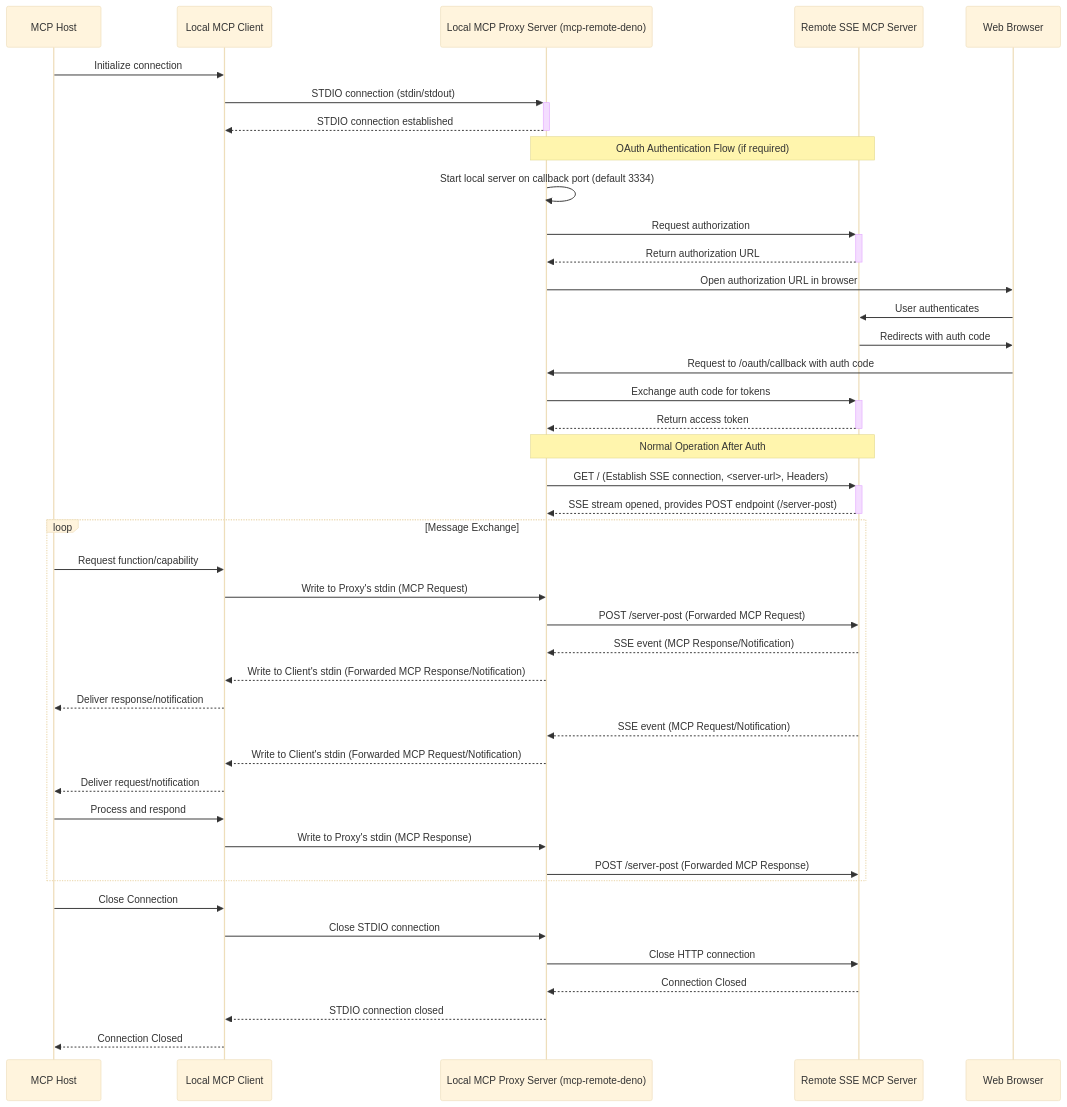
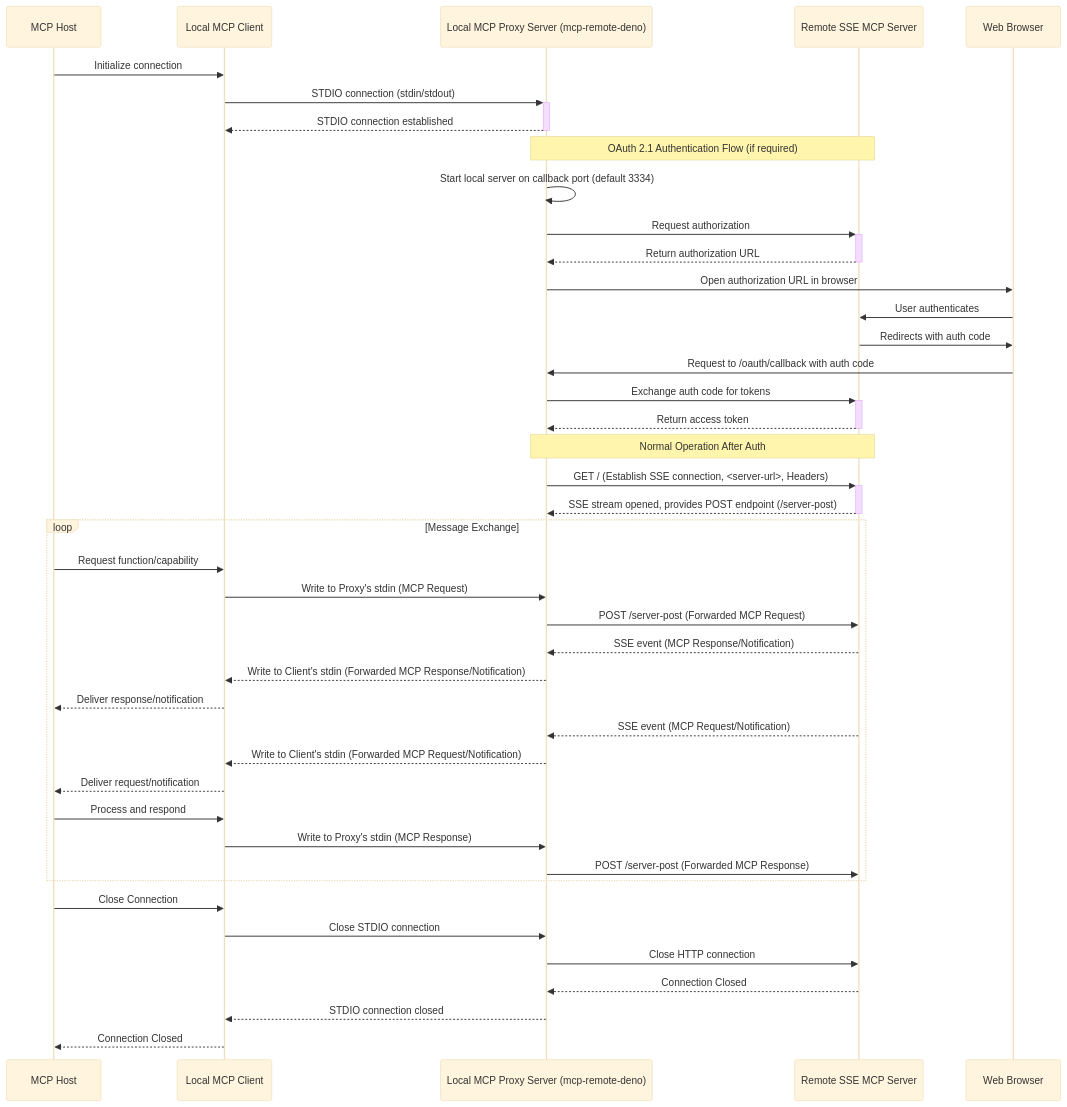
One commit to mmizutani/mcp-remote-deno changed the diagram in README.md. Above: the diagram before and after it, drawn with Mermaid (base theme). The commit also changed other lines of this file, not shown here.

````diff
--- a/README.md
+++ b/README.md
@@ -243,50 +282,50 @@
 ```mermaid
 sequenceDiagram
     participant Host as MCP Host
     participant Client as Local MCP Client
     participant Proxy as Local MCP Proxy Server (mcp-remote-deno)
     participant Server as Remote SSE MCP Server
     participant Browser as Web Browser
 
     Host->>Client: Initialize connection
     Client->>+Proxy: STDIO connection (stdin/stdout)
     Proxy-->>-Client: STDIO connection established
 
-    Note over Proxy,Server: OAuth Authentication Flow (if required)
+    Note over Proxy,Server: OAuth 2.1 Authentication Flow (if required)
     Proxy->>Proxy: Start local server on callback port (default 3334)
     Proxy->>+Server: Request authorization
     Server-->>-Proxy: Return authorization URL
     Proxy->>Browser: Open authorization URL in browser
     Browser->>Server: User authenticates
     Server->>Browser: Redirects with auth code
     Browser->>Proxy: Request to /oauth/callback with auth code
     Proxy->>+Server: Exchange auth code for tokens
     Server-->>-Proxy: Return access token
 
     Note over Proxy,Server: Normal Operation After Auth
     Proxy->>+Server: GET / (Establish SSE connection, <server-url>, Headers)
     Server-->>-Proxy: SSE stream opened, provides POST endpoint (/server-post)
 
     loop Message Exchange
         Host->>Client: Request function/capability
         Client->>Proxy: Write to Proxy's stdin (MCP Request)
         Proxy->>Server: POST /server-post (Forwarded MCP Request)
         Server-->>Proxy: SSE event (MCP Response/Notification)
         Proxy-->>Client: Write to Client's stdin (Forwarded MCP Response/Notification)
         Client-->>Host: Deliver response/notification
 
         Server-->>Proxy: SSE event (MCP Request/Notification)
         Proxy-->>Client: Write to Client's stdin (Forwarded MCP Request/Notification)
         Client-->>Host: Deliver request/notification
         Host->>Client: Process and respond
         Client->>Proxy: Write to Proxy's stdin (MCP Response)
         Proxy->>Server: POST /server-post (Forwarded MCP Response)
     end
 
     Host->>Client: Close Connection
     Client->>Proxy: Close STDIO connection
     Proxy->>Server: Close HTTP connection
     Server-->>Proxy: Connection Closed
     Proxy-->>Client: STDIO connection closed
     Client-->>Host: Connection Closed
 ```
````
